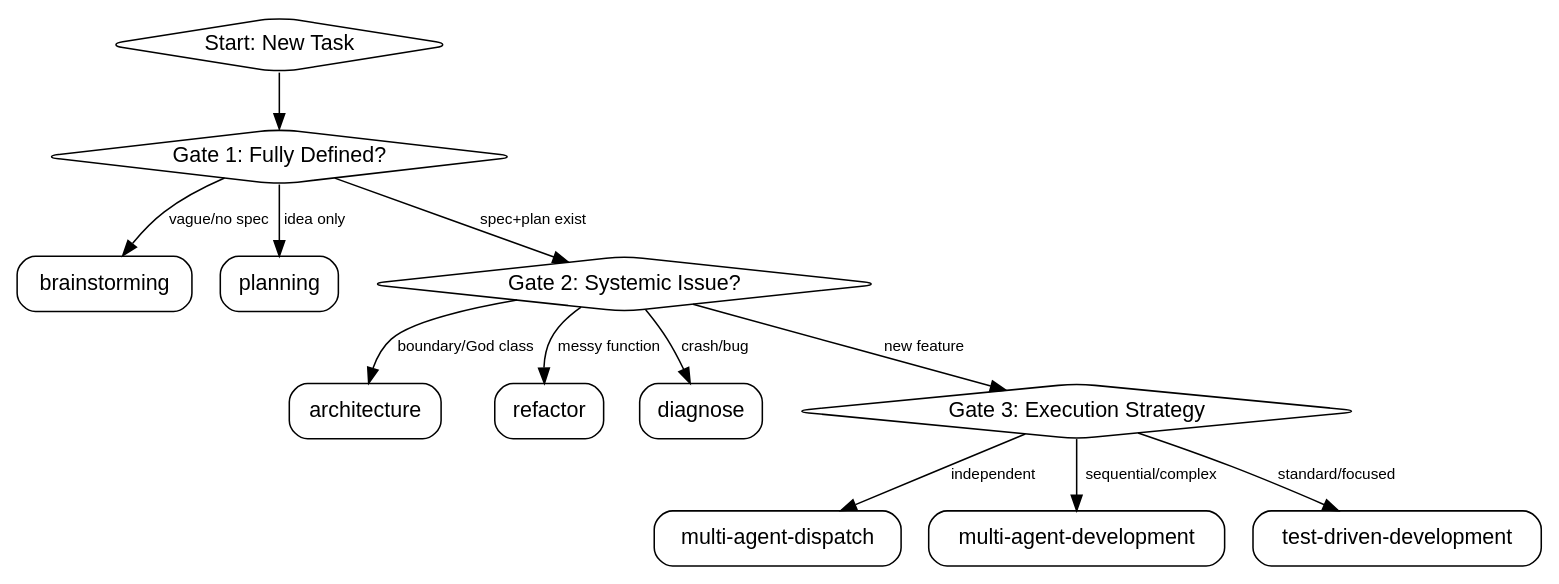
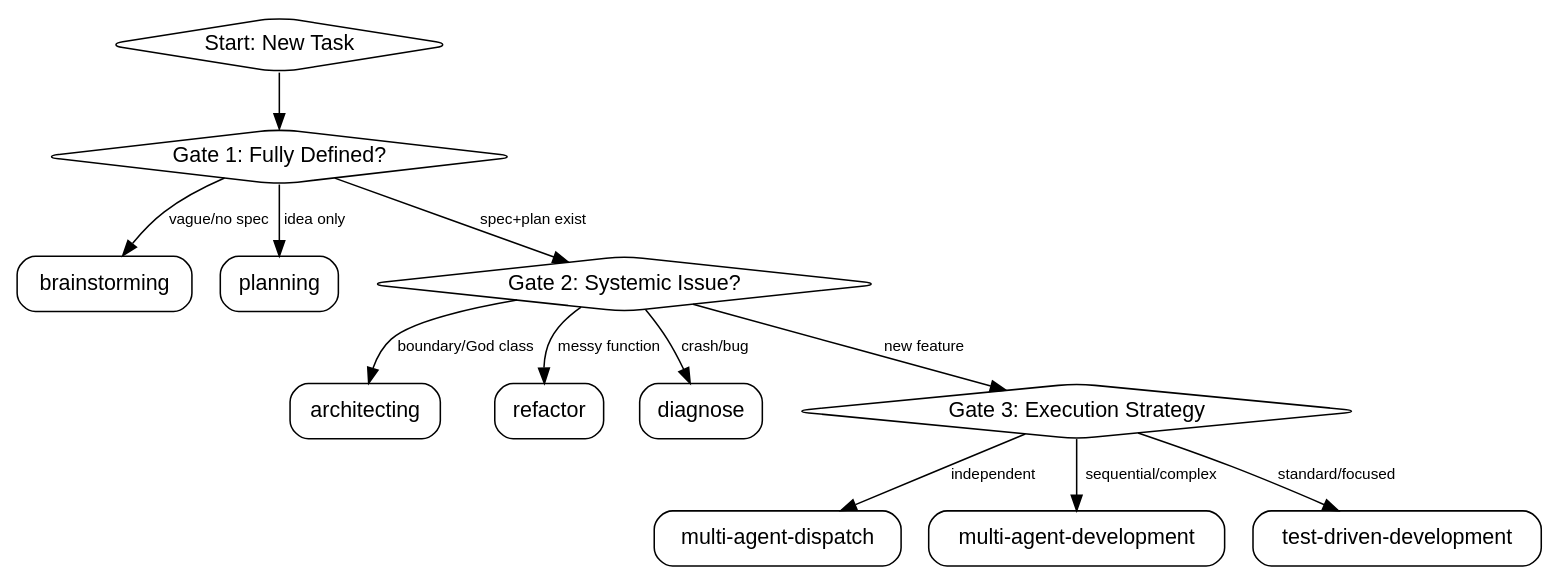
Before and after one commit to j0hanz/claude-agent-dev-plugin: the diagram in skills/using-agent-dev-skills/SKILL.md, drawn with Graphviz. The commit also changed other lines of this file and 16 other files, not shown here.

````diff
--- a/skills/using-agent-dev-skills/SKILL.md
+++ b/skills/using-agent-dev-skills/SKILL.md
@@ -12,37 +12,37 @@
 ```dot
 digraph using_agent_dev_skills {
   rankdir=TB;
   node [shape=box, style=rounded, fontname="Helvetica"];
   edge [fontname="Helvetica", fontsize=10];
 
   Start [label="Start: New Task", shape=diamond];
 
   Gate1 [label="Gate 1: Fully Defined?", shape=diamond];
   Brainstorm [label="brainstorming"];
   Planning [label="planning"];
 
   Gate2 [label="Gate 2: Systemic Issue?", shape=diamond];
-  Arch [label="architecture"];
+  Arch [label="architecting"];
   Refactor [label="refactor"];
   Diagnose [label="diagnose"];
 
   Gate3 [label="Gate 3: Execution Strategy", shape=diamond];
   Dispatch [label="multi-agent-dispatch"];
   Dev [label="multi-agent-development"];
   TDD [label="test-driven-development"];
 
   Start -> Gate1;
   Gate1 -> Brainstorm [label="vague/no spec"];
   Gate1 -> Planning [label="idea only"];
   Gate1 -> Gate2 [label="spec+plan exist"];
 
   Gate2 -> Arch [label="boundary/God class"];
   Gate2 -> Refactor [label="messy function"];
   Gate2 -> Diagnose [label="crash/bug"];
   Gate2 -> Gate3 [label="new feature"];
 
   Gate3 -> Dispatch [label="independent"];
   Gate3 -> Dev [label="sequential/complex"];
   Gate3 -> TDD [label="standard/focused"];
 }
 ```
````
